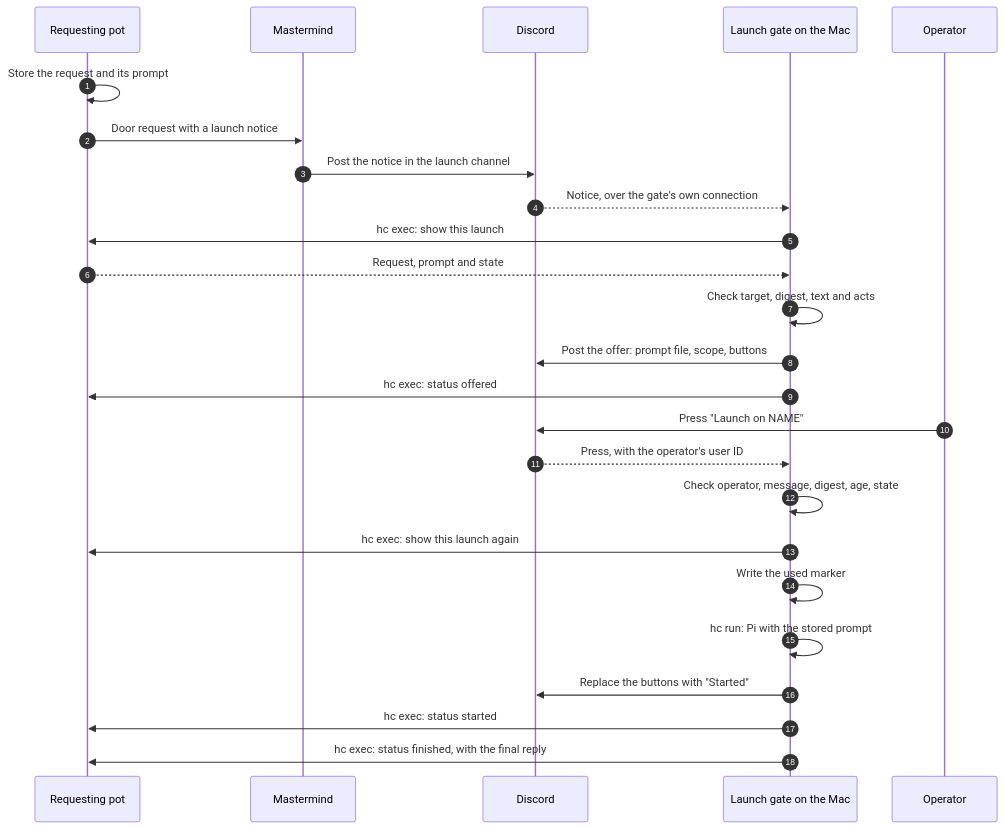
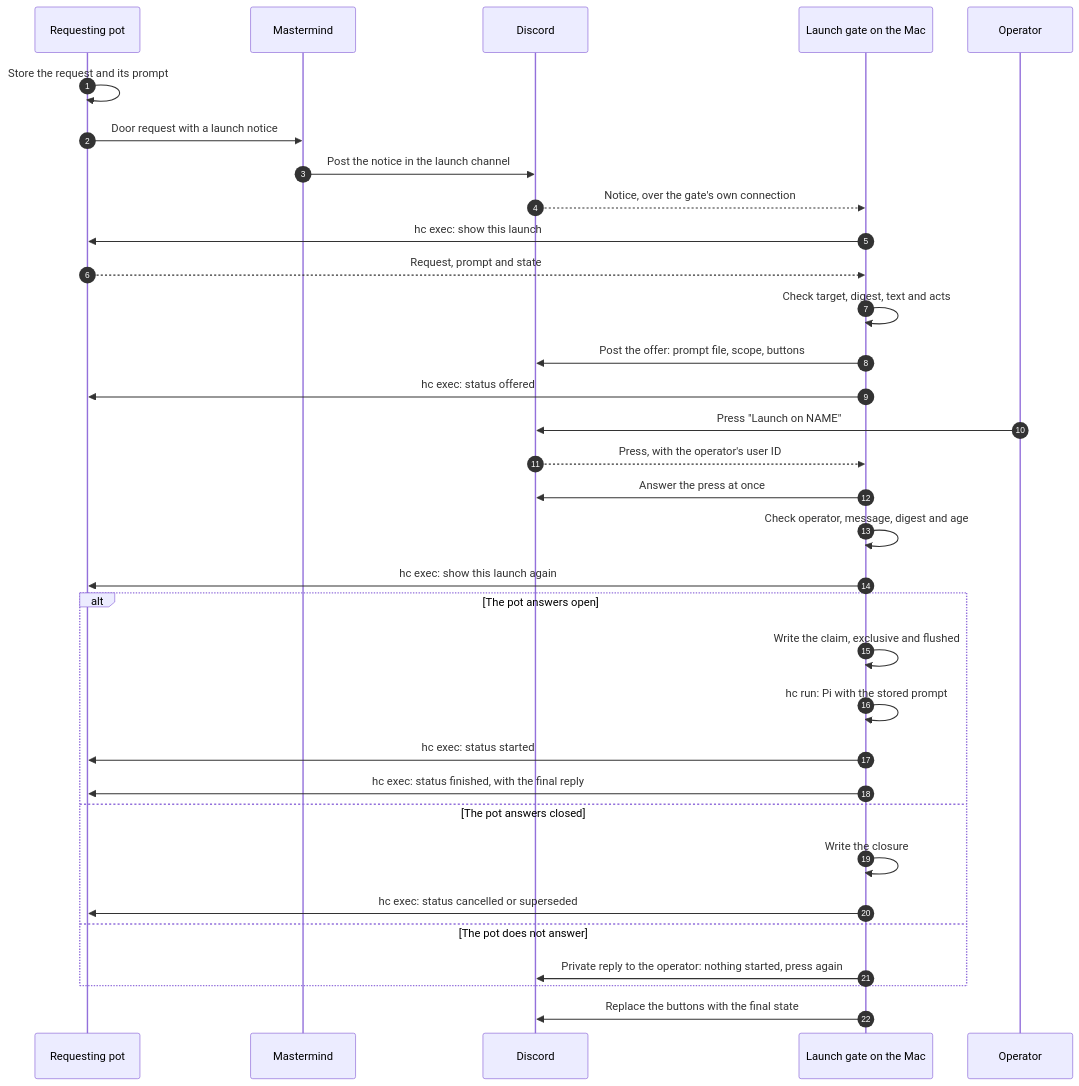
Before and after one commit to walid-mos/agent-sandbox: the first of 2 diagrams in docs/mac-launch.md, drawn with Mermaid. The commit also changed other lines of this file and 8 other files, not shown here.

First line of the commit message:
feat(mac): decide each launch once on the Mac, by claim or closure

````diff
--- a/docs/mac-launch.md
+++ b/docs/mac-launch.md
@@ -105,27 +119,35 @@
 ```mermaid
 sequenceDiagram
     autonumber
     participant P as Requesting pot
     participant M as Mastermind
     participant D as Discord
     participant G as Launch gate on the Mac
     participant O as Operator
     P->>P: Store the request and its prompt
     P->>M: Door request with a launch notice
     M->>D: Post the notice in the launch channel
     D-->>G: Notice, over the gate's own connection
     G->>P: hc exec: show this launch
     P-->>G: Request, prompt and state
     G->>G: Check target, digest, text and acts
     G->>D: Post the offer: prompt file, scope, buttons
     G->>P: hc exec: status offered
     O->>D: Press "Launch on NAME"
     D-->>G: Press, with the operator's user ID
-    G->>G: Check operator, message, digest, age, state
+    G->>D: Answer the press at once
+    G->>G: Check operator, message, digest and age
     G->>P: hc exec: show this launch again
-    G->>G: Write the used marker
-    G->>G: hc run: Pi with the stored prompt
-    G->>D: Replace the buttons with "Started"
-    G->>P: hc exec: status started
-    G->>P: hc exec: status finished, with the final reply
+    alt The pot answers open
+        G->>G: Write the claim, exclusive and flushed
+        G->>G: hc run: Pi with the stored prompt
+        G->>P: hc exec: status started
+        G->>P: hc exec: status finished, with the final reply
+    else The pot answers closed
+        G->>G: Write the closure
+        G->>P: hc exec: status cancelled or superseded
+    else The pot does not answer
+        G->>D: Private reply to the operator: nothing started, press again
+    end
+    G->>D: Replace the buttons with the final state
 ```
````
